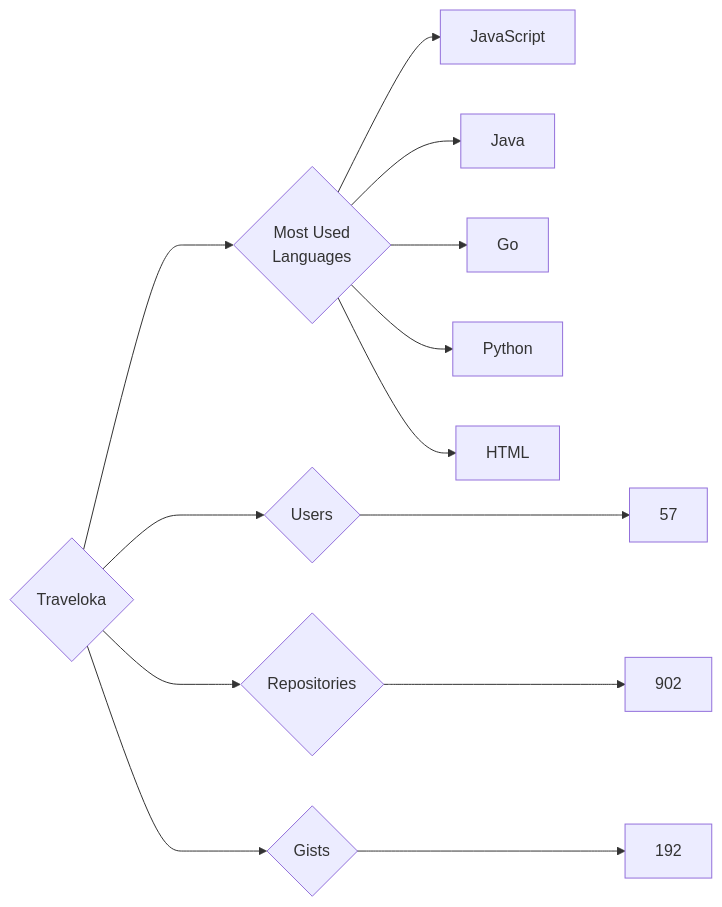
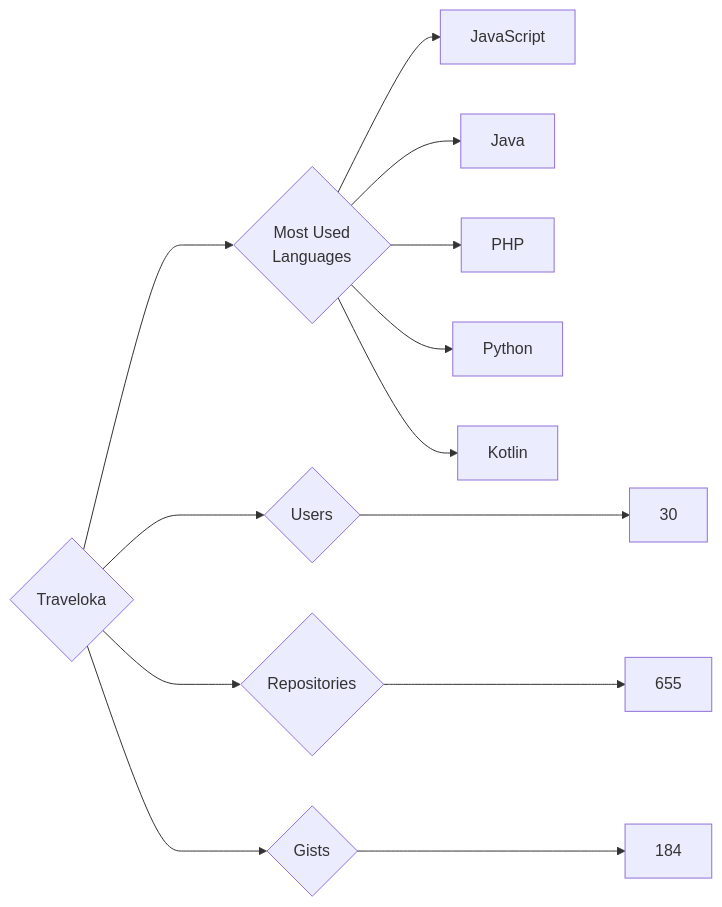
Before and after one commit to trickest/insiders: the diagram in targets/Traveloka/README.md, drawn with Mermaid. The commit also changed 870 other files, not shown here.

````diff
--- a/targets/Traveloka/README.md
+++ b/targets/Traveloka/README.md
@@ -3,13 +3,13 @@
 ```mermaid
 graph LR
 COMPANY_NAME{Traveloka}
-COMPANY_NAME ---> U{Users} ---> UN[57]
-COMPANY_NAME ---> R{Repositories} ---> RN[902]
-COMPANY_NAME ---> G{Gists} ---> GN[192]
+COMPANY_NAME ---> U{Users} ---> UN[30]
+COMPANY_NAME ---> R{Repositories} ---> RN[655]
+COMPANY_NAME ---> G{Gists} ---> GN[184]
 COMPANY_NAME ---> ML{Most Used<br>Languages}
 ML --> JavaScript[JavaScript]
 ML --> Java[Java]
-ML --> Go[Go]
+ML --> PHP[PHP]
 ML --> Python[Python]
-ML --> HTML[HTML]
+ML --> Kotlin[Kotlin]
 ```
````
